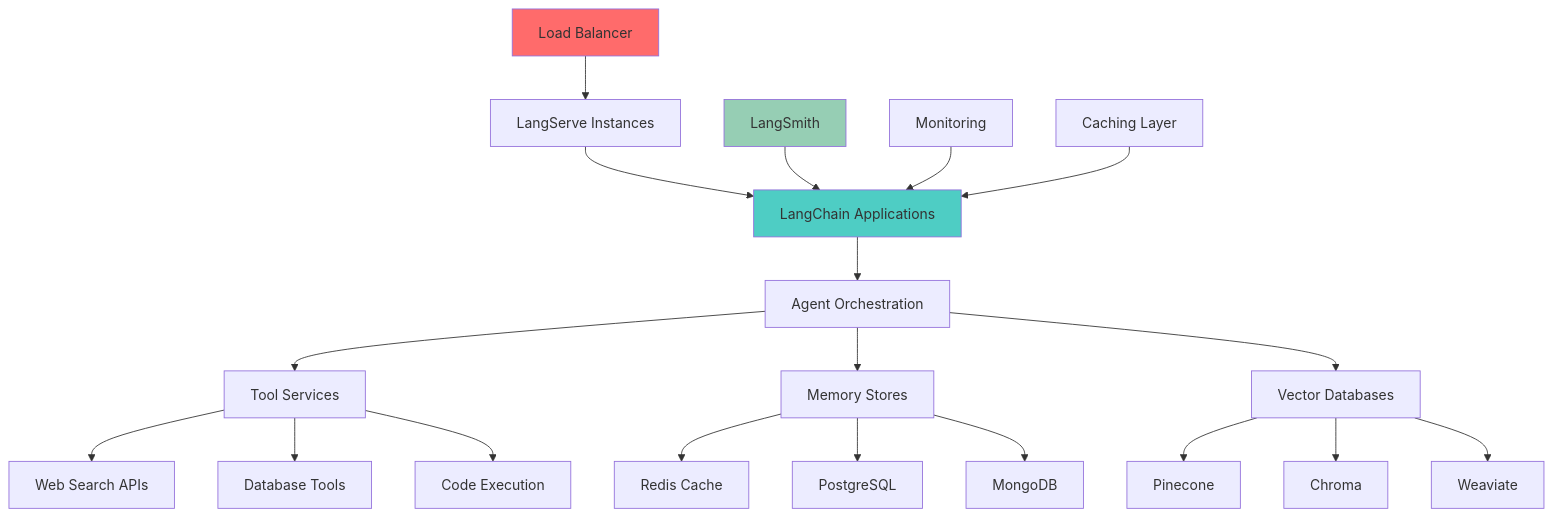
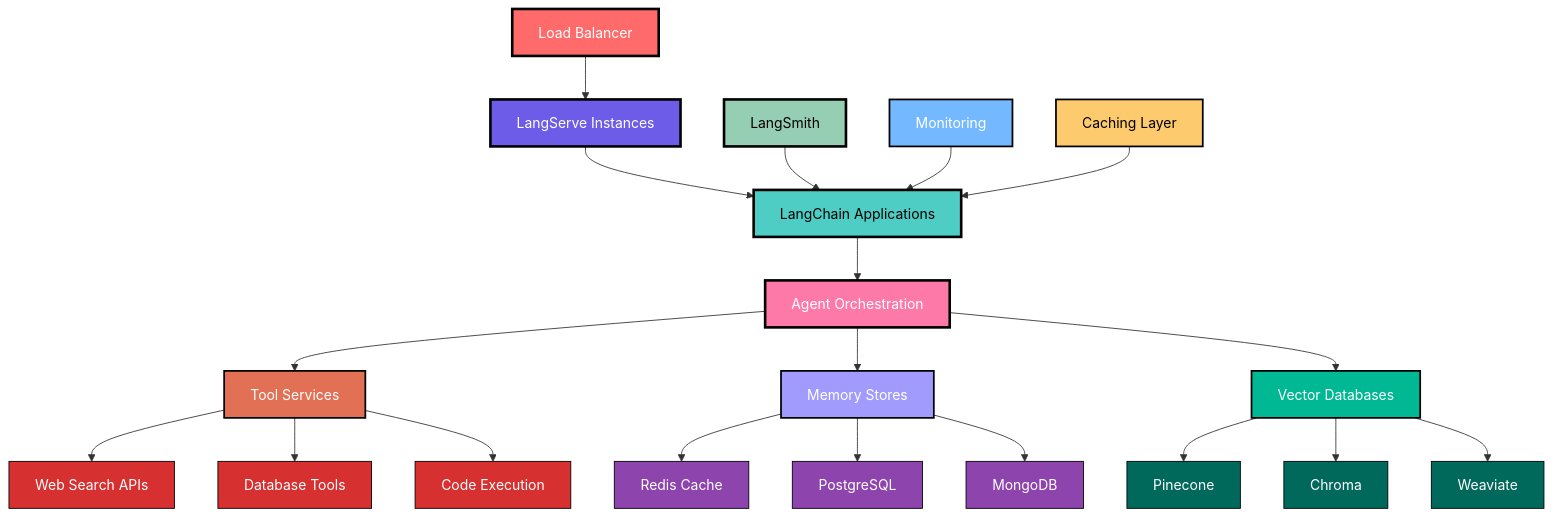
One commit to MicrosoftStudentChapter/Tech-Resources changed the eighth of 10 diagrams in AI resources.md. Above: the diagram before and after it, drawn with Mermaid. The commit also changed other lines of this file, not shown here.

````diff
--- a/AI resources.md
+++ b/AI resources.md
@@ -798,30 +855,51 @@
 ```mermaid
 graph TD
     A[Load Balancer] --> B[LangServe Instances]
     B --> C[LangChain Applications]
     C --> D[Agent Orchestration]
     
     D --> E[Tool Services]
     D --> F[Memory Stores]
     D --> G[Vector Databases]
     
     H[LangSmith] --> C
     I[Monitoring] --> C
     J[Caching Layer] --> C
     
     E --> E1[Web Search APIs]
     E --> E2[Database Tools]
     E --> E3[Code Execution]
     
     F --> F1[Redis Cache]
     F --> F2[PostgreSQL]
     F --> F3[MongoDB]
     
     G --> G1[Pinecone]
     G --> G2[Chroma]
     G --> G3[Weaviate]
     
-    style A fill:#ff6b6b
-    style C fill:#4ecdc4
-    style H fill:#96ceb4
+    style A fill:#ff6b6b,stroke:#000,stroke-width:3px,color:#fff
+    style B fill:#6c5ce7,stroke:#000,stroke-width:3px,color:#fff
+    style C fill:#4ecdc4,stroke:#000,stroke-width:3px,color:#000
+    style D fill:#fd79a8,stroke:#000,stroke-width:3px,color:#fff
+    
+    style H fill:#96ceb4,stroke:#000,stroke-width:3px,color:#000
+    style I fill:#74b9ff,stroke:#000,stroke-width:2px,color:#fff
+    style J fill:#fdcb6e,stroke:#000,stroke-width:2px,color:#000
+    
+    style E fill:#e17055,stroke:#000,stroke-width:2px,color:#fff
+    style F fill:#a29bfe,stroke:#000,stroke-width:2px,color:#fff
+    style G fill:#00b894,stroke:#000,stroke-width:2px,color:#fff
+    
+    style E1 fill:#d63031,stroke:#000,stroke-width:1px,color:#fff
+    style E2 fill:#d63031,stroke:#000,stroke-width:1px,color:#fff
+    style E3 fill:#d63031,stroke:#000,stroke-width:1px,color:#fff
+    
+    style F1 fill:#8e44ad,stroke:#000,stroke-width:1px,color:#fff
+    style F2 fill:#8e44ad,stroke:#000,stroke-width:1px,color:#fff
+    style F3 fill:#8e44ad,stroke:#000,stroke-width:1px,color:#fff
+    
+    style G1 fill:#00695c,stroke:#000,stroke-width:1px,color:#fff
+    style G2 fill:#00695c,stroke:#000,stroke-width:1px,color:#fff
+    style G3 fill:#00695c,stroke:#000,stroke-width:1px,color:#fff
 ```
````
